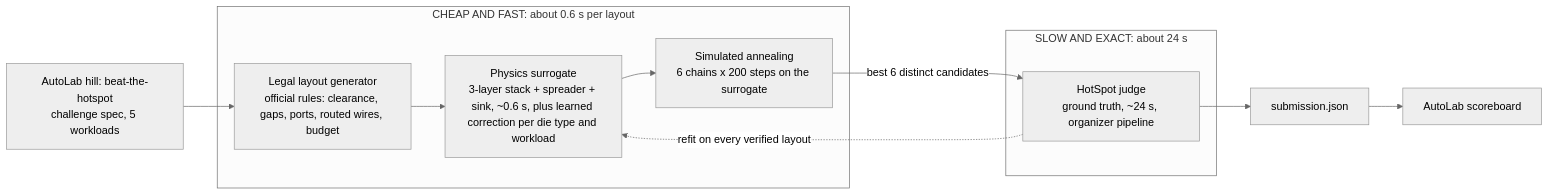
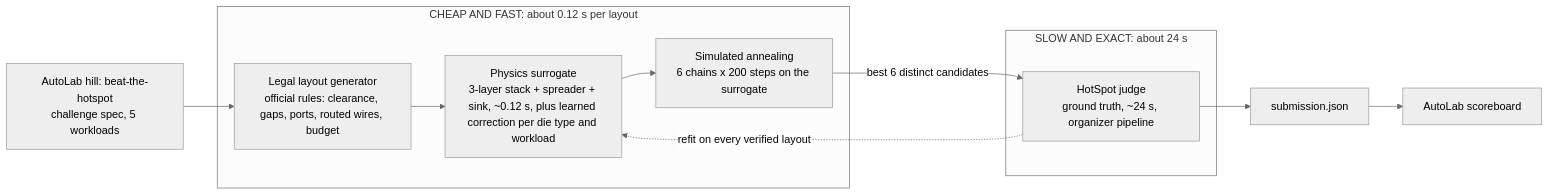
Before and after one commit to wilsonwu-ai/sundai-hack-145: the diagram in docs/loop-diagram.mmd, drawn with Mermaid (neutral theme). The commit also changed 10 other files, not shown here.

```diff
--- a/docs/loop-diagram.mmd
+++ b/docs/loop-diagram.mmd
@@ -1,16 +1,16 @@
 graph LR
   A["AutoLab hill: beat-the-hotspot<br/>challenge spec, 5 workloads"]
-  subgraph FAST["CHEAP AND FAST: about 0.6 s per layout"]
+  subgraph FAST["CHEAP AND FAST: about 0.12 s per layout"]
     B["Legal layout generator<br/>official rules: clearance, gaps, ports, routed wires, budget"]
-    C["Physics surrogate<br/>3-layer stack + spreader + sink, ~0.6 s, plus learned correction per die type and workload"]
+    C["Physics surrogate<br/>3-layer stack + spreader + sink, ~0.12 s, plus learned correction per die type and workload"]
     D["Simulated annealing<br/>6 chains x 200 steps on the surrogate"]
   end
   subgraph SLOW["SLOW AND EXACT: about 24 s"]
     E["HotSpot judge<br/>ground truth, ~24 s, organizer pipeline"]
   end
   F["submission.json"]
   G["AutoLab scoreboard"]
   A --> B --> C --> D
   D -->|"best 6 distinct candidates"| E
   E -.->|"refit on every verified layout"| C
   E --> F --> G
```
